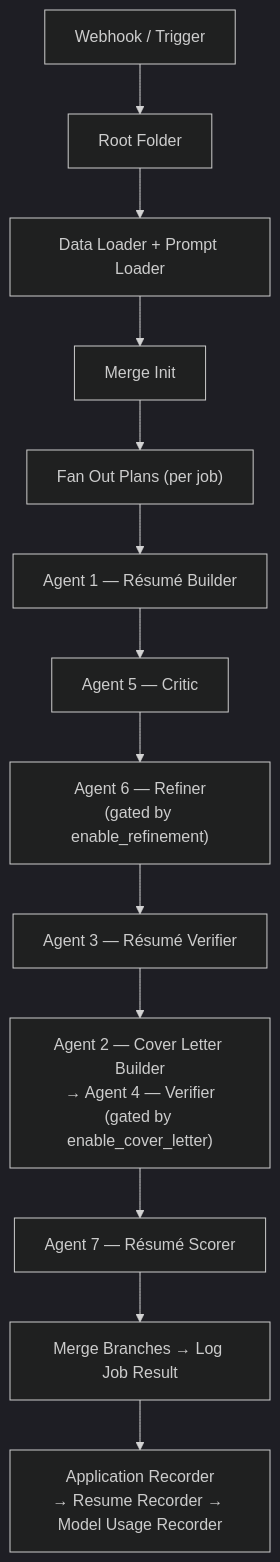
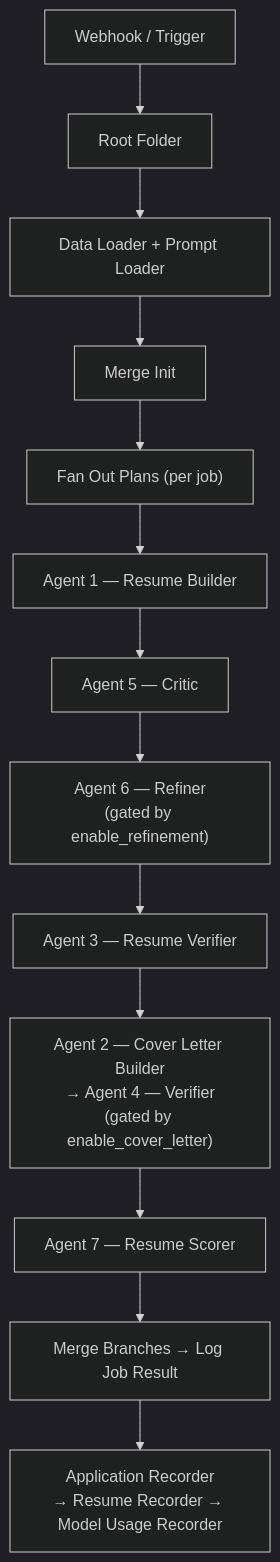
One commit to parseus-ai-inc/maestro-ai-backend changed the first of 4 diagrams in docs/05-architecture.md. Above: the diagram before and after it, drawn with Mermaid (dark theme). The commit also changed other lines of this file and 6 other files, not shown here.

````diff
--- a/docs/05-architecture.md
+++ b/docs/05-architecture.md
@@ -63,15 +63,15 @@
 ```mermaid
 flowchart TD
     W["Webhook / Trigger"] --> RF["Root Folder"]
     RF --> DL["Data Loader + Prompt Loader"]
     DL --> MI["Merge Init"]
     MI --> FAN["Fan Out Plans (per job)"]
-    FAN --> A1["Agent 1 — Résumé Builder"]
+    FAN --> A1["Agent 1 — Resume Builder"]
     A1 --> A5["Agent 5 — Critic"]
     A5 --> A6["Agent 6 — Refiner<br/>(gated by enable_refinement)"]
-    A6 --> A3["Agent 3 — Résumé Verifier"]
+    A6 --> A3["Agent 3 — Resume Verifier"]
     A3 --> A2["Agent 2 — Cover Letter Builder<br/>→ Agent 4 — Verifier<br/>(gated by enable_cover_letter)"]
-    A2 --> A7["Agent 7 — Résumé Scorer"]
+    A2 --> A7["Agent 7 — Resume Scorer"]
     A7 --> MB["Merge Branches → Log Job Result"]
     MB --> AR["Application Recorder<br/>→ Resume Recorder → Model Usage Recorder"]
 ```
````
